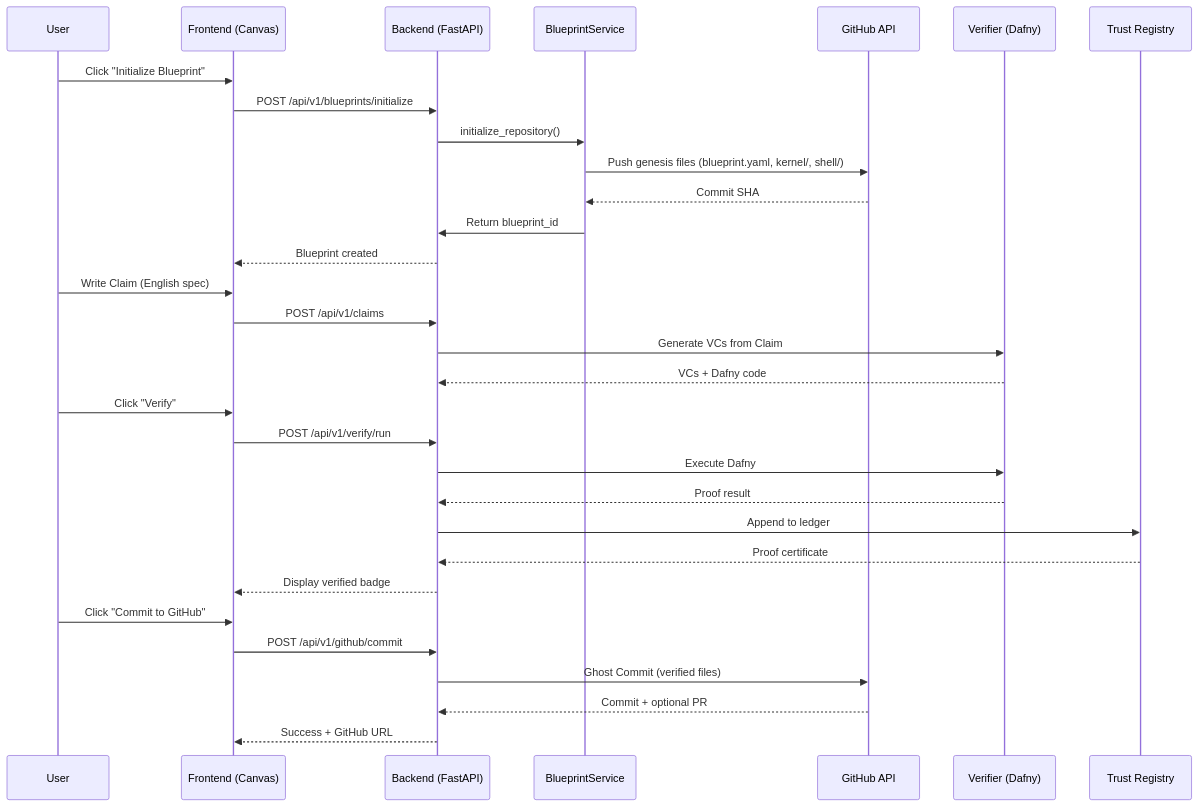
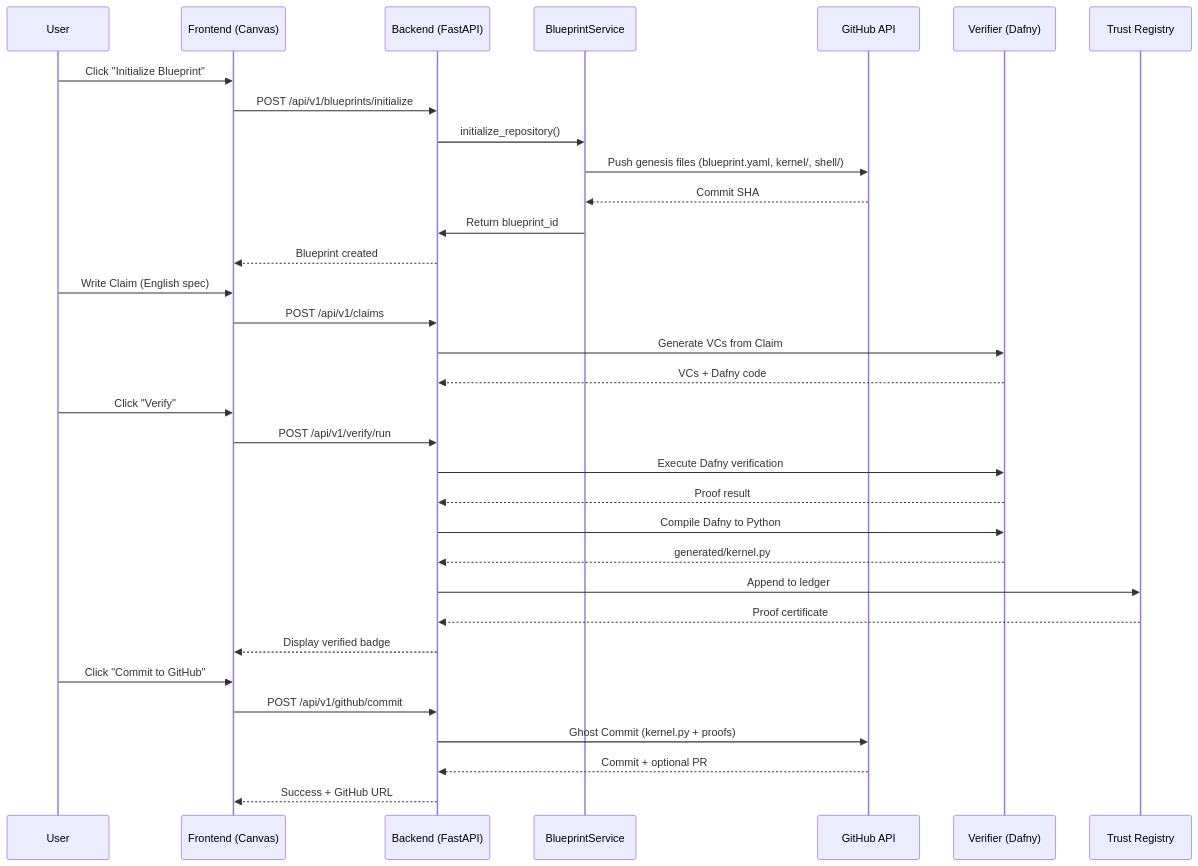
Before and after one commit to asaf-avron/inspecthor-ide-backend: the first of 2 diagrams in docs/specs/Spec_Steel_Thread_Master.md, drawn with Mermaid. The commit also changed other lines of this file, not shown here.

````diff
--- a/docs/specs/Spec_Steel_Thread_Master.md
+++ b/docs/specs/Spec_Steel_Thread_Master.md
@@ -20,37 +20,39 @@
 ```mermaid
 sequenceDiagram
     participant User
     participant UI as Frontend (Canvas)
     participant API as Backend (FastAPI)
     participant BG as BlueprintService
     participant GH as GitHub API
     participant VE as Verifier (Dafny)
     participant TR as Trust Registry
 
     User->>UI: Click "Initialize Blueprint"
     UI->>API: POST /api/v1/blueprints/initialize
     API->>BG: initialize_repository()
     BG->>GH: Push genesis files (blueprint.yaml, kernel/, shell/)
     GH-->>BG: Commit SHA
     BG->>API: Return blueprint_id
     API-->>UI: Blueprint created
     
     User->>UI: Write Claim (English spec)
     UI->>API: POST /api/v1/claims
     API->>VE: Generate VCs from Claim
     VE-->>API: VCs + Dafny code
     
     User->>UI: Click "Verify"
     UI->>API: POST /api/v1/verify/run
-    API->>VE: Execute Dafny
+    API->>VE: Execute Dafny verification
     VE-->>API: Proof result
+    API->>VE: Compile Dafny to Python
+    VE-->>API: generated/kernel.py
     API->>TR: Append to ledger
     TR-->>API: Proof certificate
     API-->>UI: Display verified badge
     
     User->>UI: Click "Commit to GitHub"
     UI->>API: POST /api/v1/github/commit
-    API->>GH: Ghost Commit (verified files)
+    API->>GH: Ghost Commit (kernel.py + proofs)
     GH-->>API: Commit + optional PR
     API-->>UI: Success + GitHub URL
 ```
````
